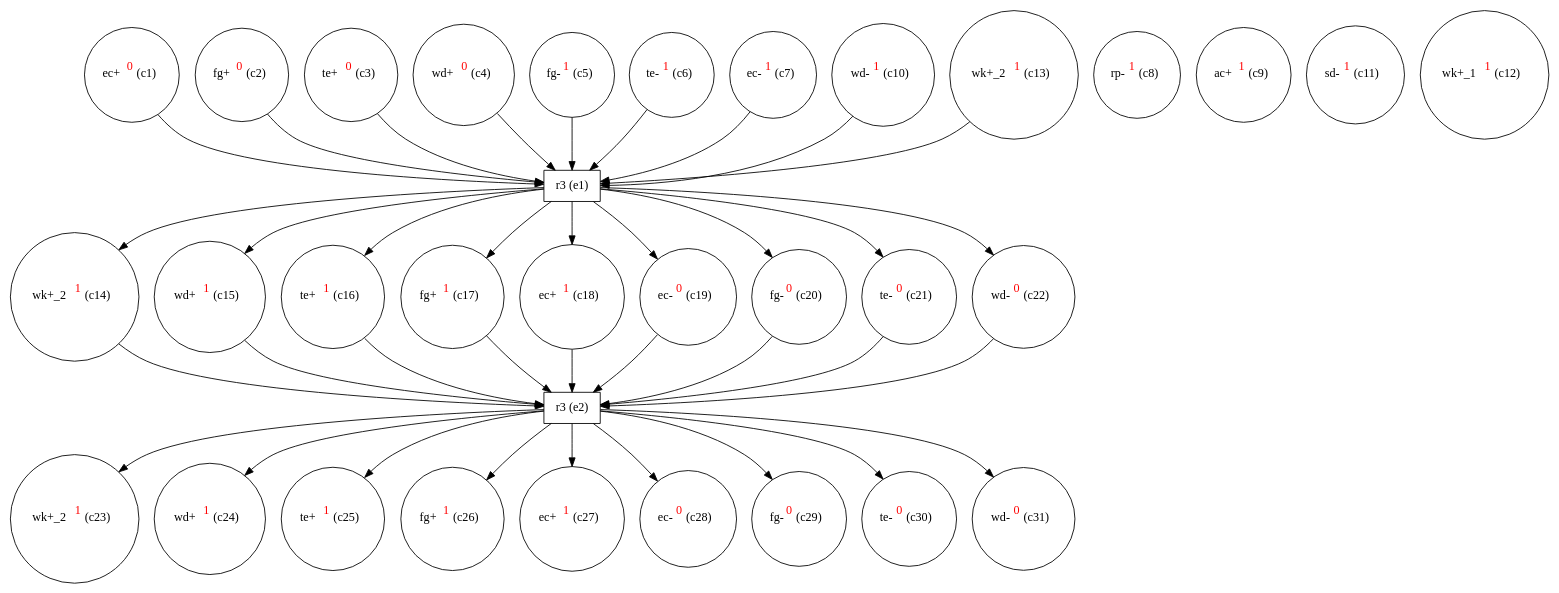
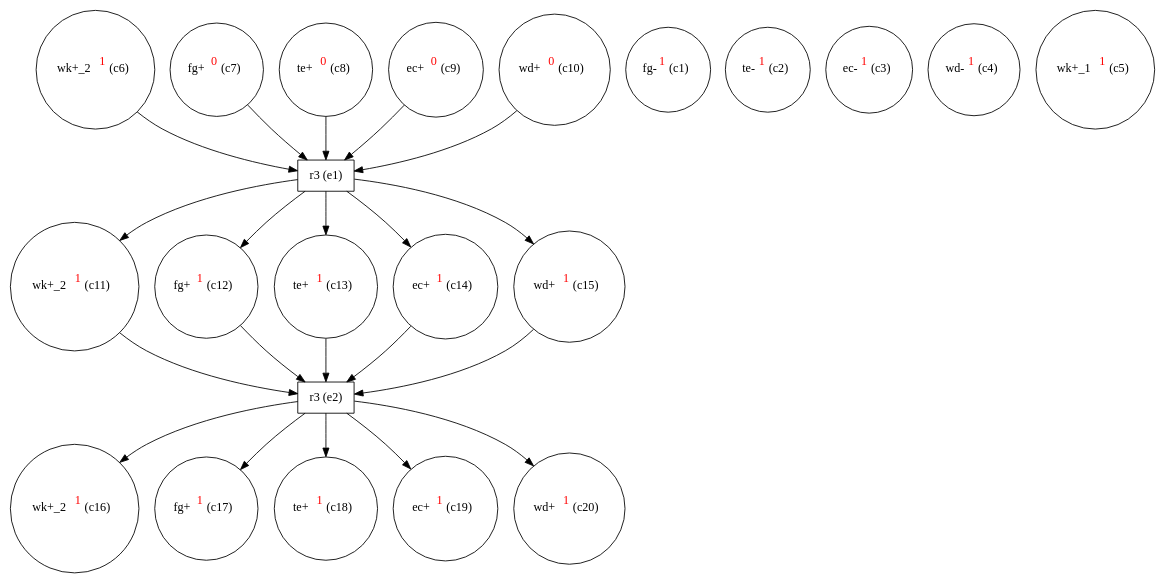
One commit to giannkas/ecofolder changed the diagram in termites_r3_eg.dot. Above: the diagram before and after it, drawn with Graphviz. The commit also changed 22 other files, not shown here.

```diff
--- a/termites_r3_eg.dot
+++ b/termites_r3_eg.dot
@@ -1,71 +1,44 @@
 digraph test {
-  c1 -> e1;
-  c2 -> e1;
-  c3 -> e1;
-  c4 -> e1;
-  c5 -> e1;
   c6 -> e1;
   c7 -> e1;
+  c8 -> e1;
+  c9 -> e1;
   c10 -> e1;
-  c13 -> e1;
+  e1 -> c11;
+  c11 -> e2;
+  e1 -> c12;
+  c12 -> e2;
+  e1 -> c13;
+  c13 -> e2;
   e1 -> c14;
   c14 -> e2;
   e1 -> c15;
   c15 -> e2;
-  e1 -> c16;
-  c16 -> e2;
-  e1 -> c17;
-  c17 -> e2;
-  e1 -> c18;
-  c18 -> e2;
-  e1 -> c19;
-  c19 -> e2;
-  e1 -> c20;
-  c20 -> e2;
-  e1 -> c21;
-  c21 -> e2;
-  e1 -> c22;
-  c22 -> e2;
-  e2 -> c23;
-  e2 -> c24;
-  e2 -> c25;
-  e2 -> c26;
-  e2 -> c27;
-  e2 -> c28;
-  e2 -> c29;
-  e2 -> c30;
-  e2 -> c31;
-  c1 [label= <ec+<FONT COLOR="red"><SUP>0</SUP></FONT>&nbsp;(c1)> shape=circle];
-  c2 [label= <fg+<FONT COLOR="red"><SUP>0</SUP></FONT>&nbsp;(c2)> shape=circle];
-  c3 [label= <te+<FONT COLOR="red"><SUP>0</SUP></FONT>&nbsp;(c3)> shape=circle];
-  c4 [label= <wd+<FONT COLOR="red"><SUP>0</SUP></FONT>&nbsp;(c4)> shape=circle];
-  c5 [label= <fg-<FONT COLOR="red"><SUP>1</SUP></FONT>&nbsp;(c5)> shape=circle];
-  c6 [label= <te-<FONT COLOR="red"><SUP>1</SUP></FONT>&nbsp;(c6)> shape=circle];
-  c7 [label= <ec-<FONT COLOR="red"><SUP>1</SUP></FONT>&nbsp;(c7)> shape=circle];
-  c8 [label= <rp-<FONT COLOR="red"><SUP>1</SUP></FONT>&nbsp;(c8)> shape=circle];
-  c9 [label= <ac+<FONT COLOR="red"><SUP>1</SUP></FONT>&nbsp;(c9)> shape=circle];
-  c10 [label= <wd-<FONT COLOR="red"><SUP>1</SUP></FONT>&nbsp;(c10)> shape=circle];
-  c11 [label= <sd-<FONT COLOR="red"><SUP>1</SUP></FONT>&nbsp;(c11)> shape=circle];
-  c12 [label= <wk+_1<FONT COLOR="red"><SUP>1</SUP></FONT>&nbsp;(c12)> shape=circle];
-  c13 [label= <wk+_2<FONT COLOR="red"><SUP>1</SUP></FONT>&nbsp;(c13)> shape=circle];
-  c14 [label= <wk+_2<FONT COLOR="red"><SUP>1</SUP></FONT>&nbsp;(c14)> shape=circle];
+  e2 -> c16;
+  e2 -> c17;
+  e2 -> c18;
+  e2 -> c19;
+  e2 -> c20;
+  c1 [label= <fg-<FONT COLOR="red"><SUP>1</SUP></FONT>&nbsp;(c1)> shape=circle];
+  c2 [label= <te-<FONT COLOR="red"><SUP>1</SUP></FONT>&nbsp;(c2)> shape=circle];
+  c3 [label= <ec-<FONT COLOR="red"><SUP>1</SUP></FONT>&nbsp;(c3)> shape=circle];
+  c4 [label= <wd-<FONT COLOR="red"><SUP>1</SUP></FONT>&nbsp;(c4)> shape=circle];
+  c5 [label= <wk+_1<FONT COLOR="red"><SUP>1</SUP></FONT>&nbsp;(c5)> shape=circle];
+  c6 [label= <wk+_2<FONT COLOR="red"><SUP>1</SUP></FONT>&nbsp;(c6)> shape=circle];
+  c7 [label= <fg+<FONT COLOR="red"><SUP>0</SUP></FONT>&nbsp;(c7)> shape=circle];
+  c8 [label= <te+<FONT COLOR="red"><SUP>0</SUP></FONT>&nbsp;(c8)> shape=circle];
+  c9 [label= <ec+<FONT COLOR="red"><SUP>0</SUP></FONT>&nbsp;(c9)> shape=circle];
+  c10 [label= <wd+<FONT COLOR="red"><SUP>0</SUP></FONT>&nbsp;(c10)> shape=circle];
+  c11 [label= <wk+_2<FONT COLOR="red"><SUP>1</SUP></FONT>&nbsp;(c11)> shape=circle];
+  c12 [label= <fg+<FONT COLOR="red"><SUP>1</SUP></FONT>&nbsp;(c12)> shape=circle];
+  c13 [label= <te+<FONT COLOR="red"><SUP>1</SUP></FONT>&nbsp;(c13)> shape=circle];
+  c14 [label= <ec+<FONT COLOR="red"><SUP>1</SUP></FONT>&nbsp;(c14)> shape=circle];
   c15 [label= <wd+<FONT COLOR="red"><SUP>1</SUP></FONT>&nbsp;(c15)> shape=circle];
-  c16 [label= <te+<FONT COLOR="red"><SUP>1</SUP></FONT>&nbsp;(c16)> shape=circle];
+  c16 [label= <wk+_2<FONT COLOR="red"><SUP>1</SUP></FONT>&nbsp;(c16)> shape=circle];
   c17 [label= <fg+<FONT COLOR="red"><SUP>1</SUP></FONT>&nbsp;(c17)> shape=circle];
-  c18 [label= <ec+<FONT COLOR="red"><SUP>1</SUP></FONT>&nbsp;(c18)> shape=circle];
-  c19 [label= <ec-<FONT COLOR="red"><SUP>0</SUP></FONT>&nbsp;(c19)> shape=circle];
-  c20 [label= <fg-<FONT COLOR="red"><SUP>0</SUP></FONT>&nbsp;(c20)> shape=circle];
-  c21 [label= <te-<FONT COLOR="red"><SUP>0</SUP></FONT>&nbsp;(c21)> shape=circle];
-  c22 [label= <wd-<FONT COLOR="red"><SUP>0</SUP></FONT>&nbsp;(c22)> shape=circle];
-  c23 [label= <wk+_2<FONT COLOR="red"><SUP>1</SUP></FONT>&nbsp;(c23)> shape=circle];
-  c24 [label= <wd+<FONT COLOR="red"><SUP>1</SUP></FONT>&nbsp;(c24)> shape=circle];
-  c25 [label= <te+<FONT COLOR="red"><SUP>1</SUP></FONT>&nbsp;(c25)> shape=circle];
-  c26 [label= <fg+<FONT COLOR="red"><SUP>1</SUP></FONT>&nbsp;(c26)> shape=circle];
-  c27 [label= <ec+<FONT COLOR="red"><SUP>1</SUP></FONT>&nbsp;(c27)> shape=circle];
-  c28 [label= <ec-<FONT COLOR="red"><SUP>0</SUP></FONT>&nbsp;(c28)> shape=circle];
-  c29 [label= <fg-<FONT COLOR="red"><SUP>0</SUP></FONT>&nbsp;(c29)> shape=circle];
-  c30 [label= <te-<FONT COLOR="red"><SUP>0</SUP></FONT>&nbsp;(c30)> shape=circle];
-  c31 [label= <wd-<FONT COLOR="red"><SUP>0</SUP></FONT>&nbsp;(c31)> shape=circle];
+  c18 [label= <te+<FONT COLOR="red"><SUP>1</SUP></FONT>&nbsp;(c18)> shape=circle];
+  c19 [label= <ec+<FONT COLOR="red"><SUP>1</SUP></FONT>&nbsp;(c19)> shape=circle];
+  c20 [label= <wd+<FONT COLOR="red"><SUP>1</SUP></FONT>&nbsp;(c20)> shape=circle];
   e1 [label="r3 (e1)" shape=box];
   e2 [label="r3 (e2)" shape=box];
 }
```
